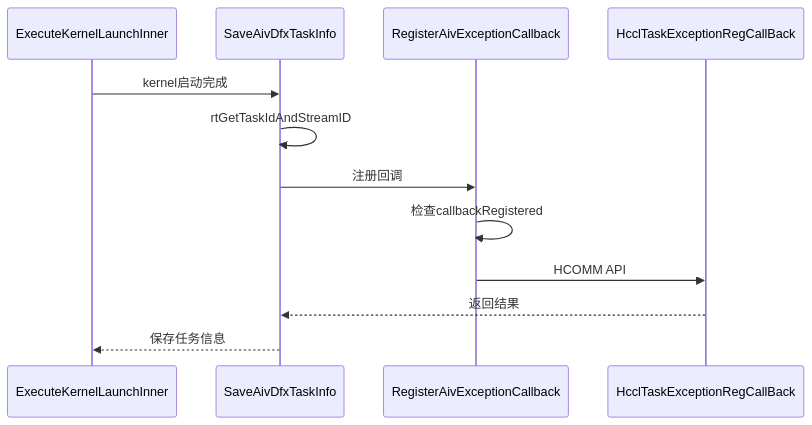
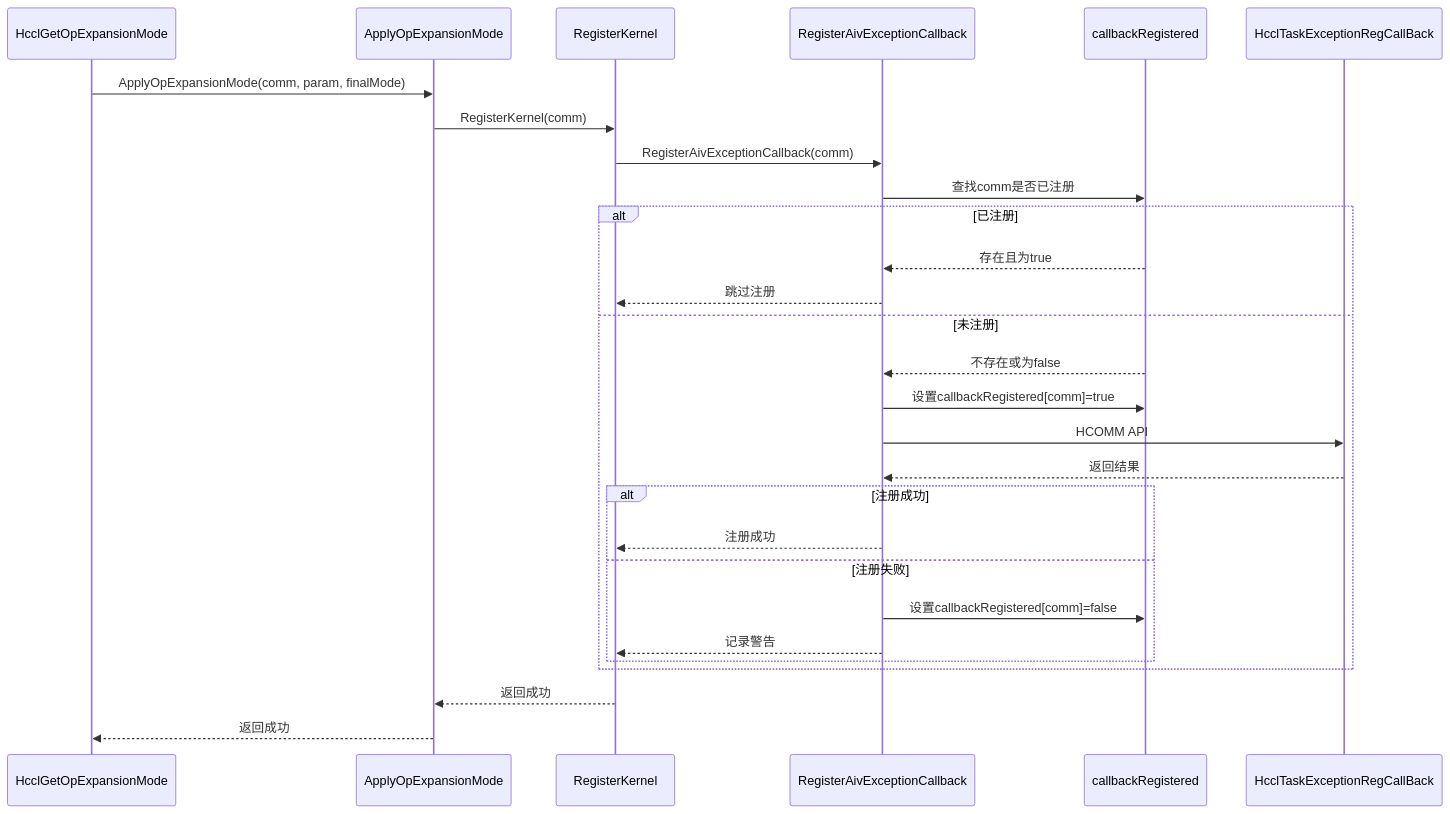
Before and after one commit to libochao-huawei/HCCL: the sixth of 8 diagrams in docs/AIV_Task_Exception_Handler_Design.md, drawn with Mermaid. The commit also changed other lines of this file and 6 other files, not shown here.

````diff
--- a/docs/AIV_Task_Exception_Handler_Design.md
+++ b/docs/AIV_Task_Exception_Handler_Design.md
@@ -177,15 +177,31 @@
 ```mermaid
 sequenceDiagram
-    participant K as ExecuteKernelLaunchInner
-    participant S as SaveAivDfxTaskInfo
+    participant H as HcclGetOpExpansionMode
+    participant A as ApplyOpExpansionMode
+    participant K as RegisterKernel
     participant R as RegisterAivExceptionCallback
-    participant H as HcclTaskExceptionRegCallBack
+    participant M as callbackRegistered
+    participant HCOMM as HcclTaskExceptionRegCallBack
     
-    K->>S: kernel启动完成
-    S->>S: rtGetTaskIdAndStreamID
-    S->>R: 注册回调
-    R->>R: 检查callbackRegistered
-    R->>H: HCOMM API
-    H-->>S: 返回结果
-    S-->>K: 保存任务信息
+    H->>A: ApplyOpExpansionMode(comm, param, finalMode)
+    A->>K: RegisterKernel(comm)
+    K->>R: RegisterAivExceptionCallback(comm)
+    R->>M: 查找comm是否已注册
+    alt 已注册
+        M-->>R: 存在且为true
+        R-->>K: 跳过注册
+    else 未注册
+        M-->>R: 不存在或为false
+        R->>M: 设置callbackRegistered[comm]=true
+        R->>HCOMM: HCOMM API
+        HCOMM-->>R: 返回结果
+        alt 注册成功
+            R-->>K: 注册成功
+        else 注册失败
+            R->>M: 设置callbackRegistered[comm]=false
+            R-->>K: 记录警告
+        end
+    end
+    K-->>A: 返回成功
+    A-->>H: 返回成功
 ```
````
